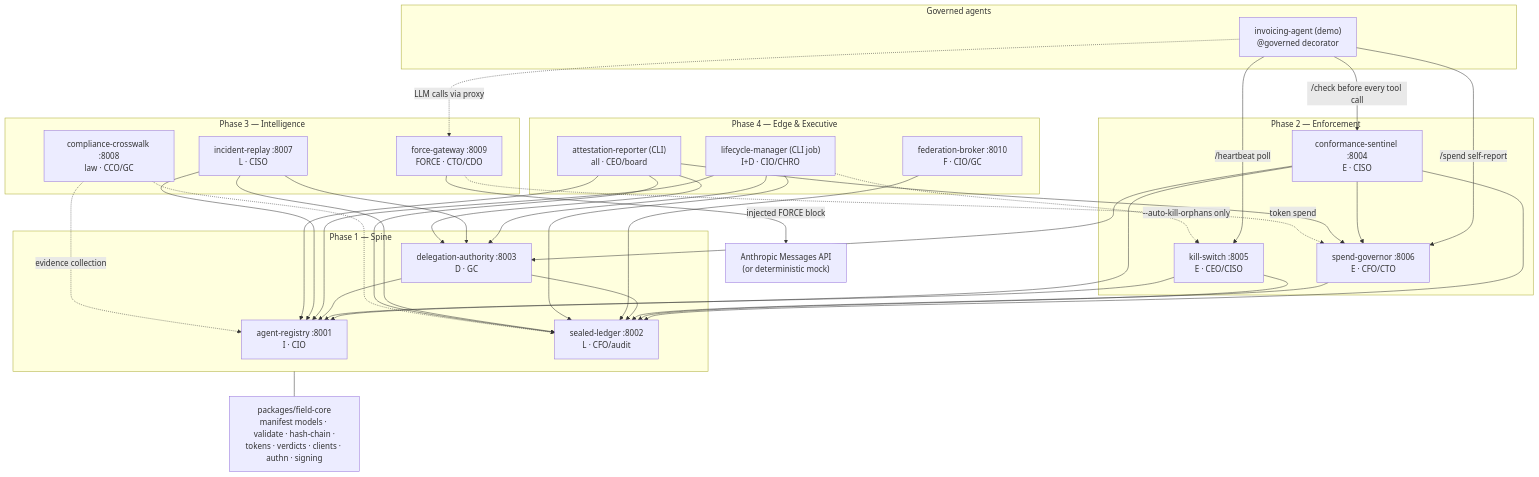
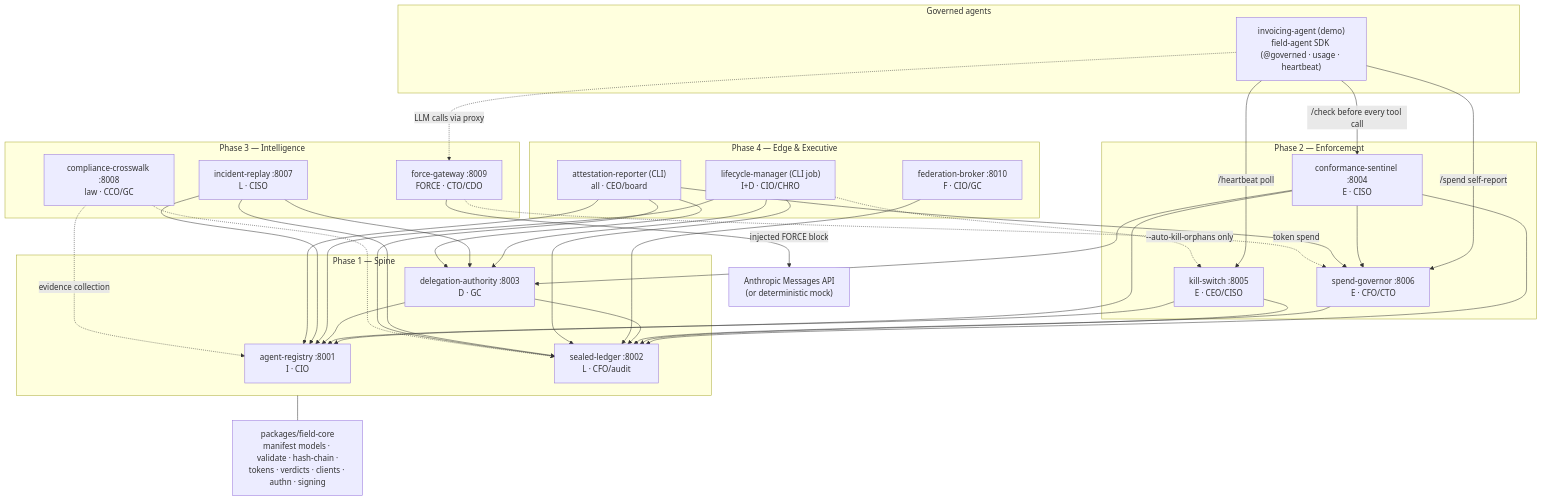
Before and after one commit to SpinStateLabs/field-platform: the first of 4 diagrams in docs/ARCHITECTURE.md, drawn with Mermaid. The commit also changed other lines of this file and 5 other files, not shown here.

First line of the commit message:
docs(field-agent): INTEGRATION guide + capstone evidence + platform docs refresh

````diff
--- a/docs/ARCHITECTURE.md
+++ b/docs/ARCHITECTURE.md
@@ -11,65 +11,65 @@
 ```mermaid
 flowchart TB
     subgraph AGENTS["Governed agents"]
-        AGENT["invoicing-agent (demo)<br/>@governed decorator"]
+        AGENT["invoicing-agent (demo)<br/>field-agent SDK (@governed · usage · heartbeat)"]
     end
 
     subgraph EDGE["Phase 4 — Edge & Executive"]
         FED["federation-broker :8010<br/>F · CIO/GC"]
         LIFE["lifecycle-manager (CLI job)<br/>I+D · CIO/CHRO"]
         ATT["attestation-reporter (CLI)<br/>all · CEO/board"]
     end
 
     subgraph INTEL["Phase 3 — Intelligence"]
         REPLAY["incident-replay :8007<br/>L · CISO"]
         XWALK["compliance-crosswalk :8008<br/>law · CCO/GC"]
         GW["force-gateway :8009<br/>FORCE · CTO/CDO"]
     end
 
     subgraph ENFORCE["Phase 2 — Enforcement"]
         SENT["conformance-sentinel :8004<br/>E · CISO"]
         KILL["kill-switch :8005<br/>E · CEO/CISO"]
         GOV["spend-governor :8006<br/>E · CFO/CTO"]
     end
 
     subgraph SPINE["Phase 1 — Spine"]
         REG["agent-registry :8001<br/>I · CIO"]
         LED["sealed-ledger :8002<br/>L · CFO/audit"]
         DEL["delegation-authority :8003<br/>D · GC"]
     end
 
     CORE["packages/field-core<br/>manifest models · validate · hash-chain ·<br/>tokens · verdicts · clients · authn · signing"]
 
     AGENT -->|"/check before every tool call"| SENT
     AGENT -->|"/heartbeat poll"| KILL
     AGENT -->|"/spend self-report"| GOV
     AGENT -.->|"LLM calls via proxy"| GW
 
     SENT --> REG
     SENT --> DEL
     SENT --> GOV
     SENT --> LED
     KILL --> REG
     KILL --> LED
     GOV --> LED
     DEL --> REG
     DEL --> LED
     FED --> LED
     LIFE --> REG
     LIFE --> DEL
     LIFE --> LED
     LIFE -.->|"--auto-kill-orphans only"| KILL
     REPLAY --> LED
     REPLAY --> REG
     REPLAY --> DEL
     ATT --> REG
     ATT --> LED
     ATT --> DEL
     ATT --> GOV
     GW -.->|"token spend"| GOV
     GW -->|"injected FORCE block"| UPSTREAM["Anthropic Messages API<br/>(or deterministic mock)"]
     XWALK -.->|"evidence collection"| REG
     XWALK -.-> LED
 
     SPINE --- CORE
 ```
````
